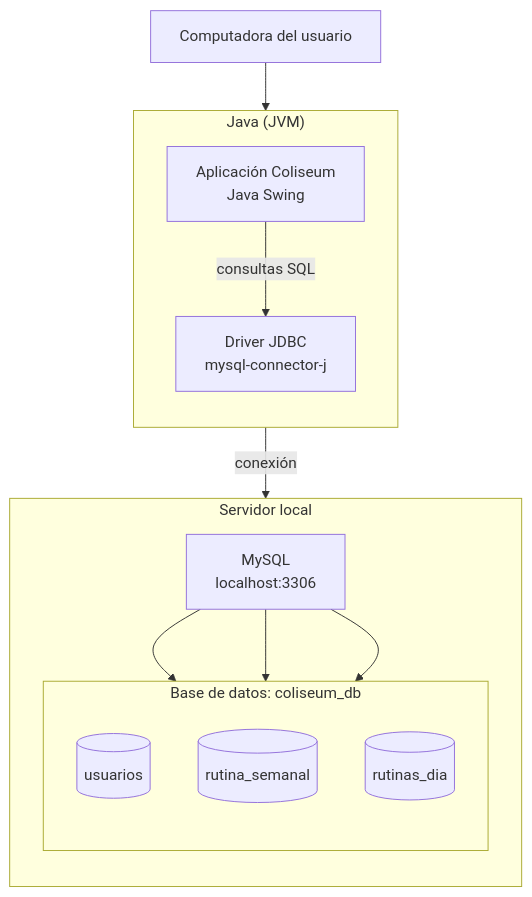
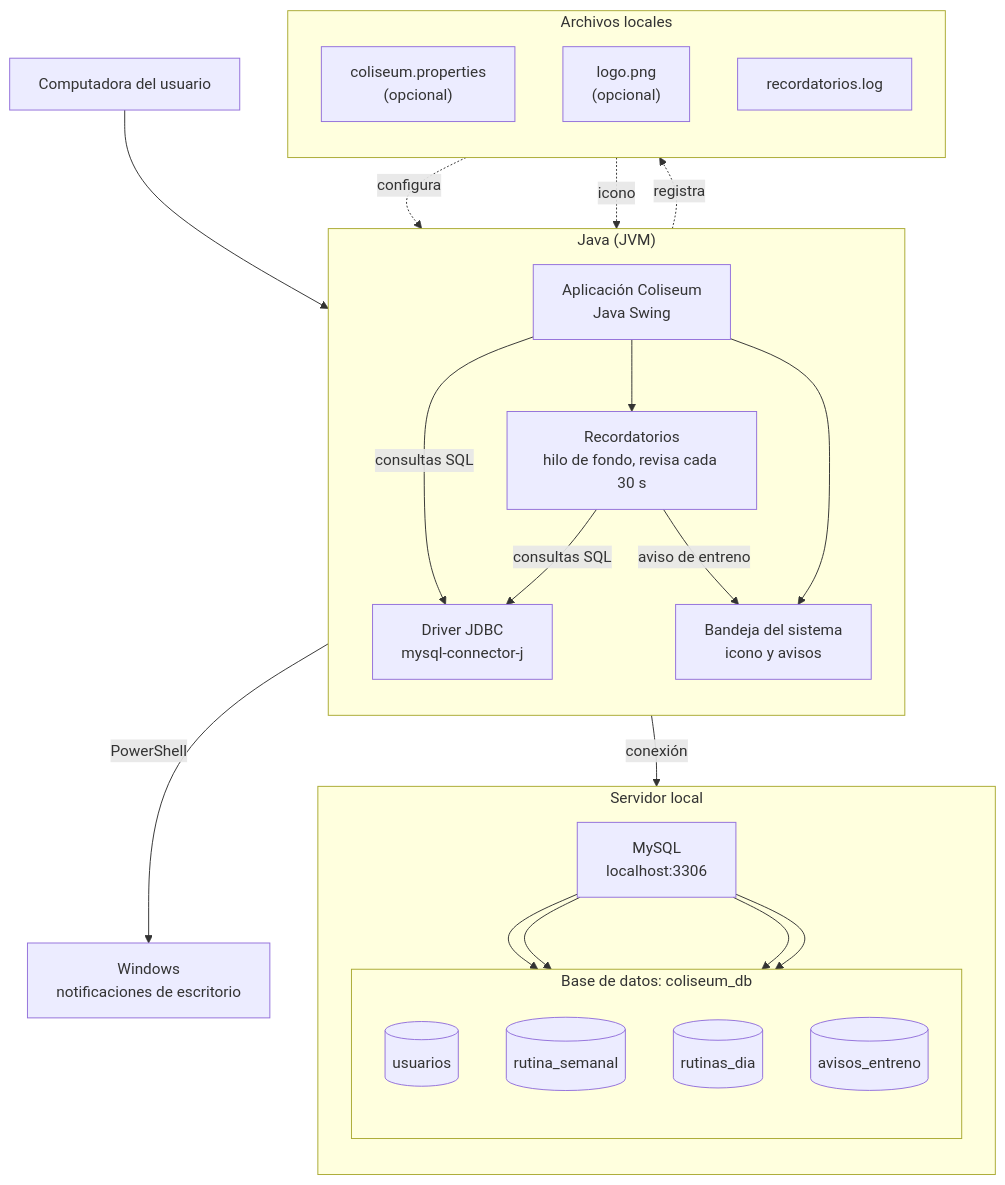
One commit to RodillaOff/proyecto_JBDPA_grupo_3 changed the first of 2 diagrams in docs/infraestructura.md. Above: the diagram before and after it, drawn with Mermaid. The commit also changed other lines of this file and 2 other files, not shown here.

````diff
--- a/docs/infraestructura.md
+++ b/docs/infraestructura.md
@@ -5,28 +5,49 @@
 ```mermaid
 flowchart TB
     PC[" Computadora del usuario"]
 
     subgraph JVM["Java (JVM)"]
         direction TB
         APP["Aplicación Coliseum<br/>Java Swing"]
+        REC["Recordatorios<br/>hilo de fondo, revisa cada 30 s"]
+        BAN["Bandeja del sistema<br/>icono y avisos"]
         JDBC["Driver JDBC<br/>mysql-connector-j"]
     end
+
+    subgraph ARCH["Archivos locales"]
+        direction TB
+        CFG["coliseum.properties<br/>(opcional)"]
+        LOGO["logo.png<br/>(opcional)"]
+        LOG["recordatorios.log"]
+    end
+
+    WIN["Windows<br/>notificaciones de escritorio"]
 
     subgraph SRV["Servidor local"]
         direction TB
         MYSQL["MySQL<br/>localhost:3306"]
         subgraph BD["Base de datos: coliseum_db"]
             direction TB
             T1[("usuarios")]
             T2[("rutina_semanal")]
             T3[("rutinas_dia")]
+            T4[("avisos_entreno")]
         end
     end
 
     PC --> APP
     APP -->|"consultas SQL"| JDBC
+    APP --> REC
+    APP --> BAN
+    REC -->|"consultas SQL"| JDBC
+    REC -->|"aviso de entreno"| BAN
+    BAN -->|"PowerShell"| WIN
+    CFG -.->|"configura"| REC
+    LOGO -.->|"icono"| BAN
+    REC -.->|"registra"| LOG
     JDBC -->|"conexión"| MYSQL
     MYSQL --> T1
     MYSQL --> T2
     MYSQL --> T3
+    MYSQL --> T4
 ```
````
